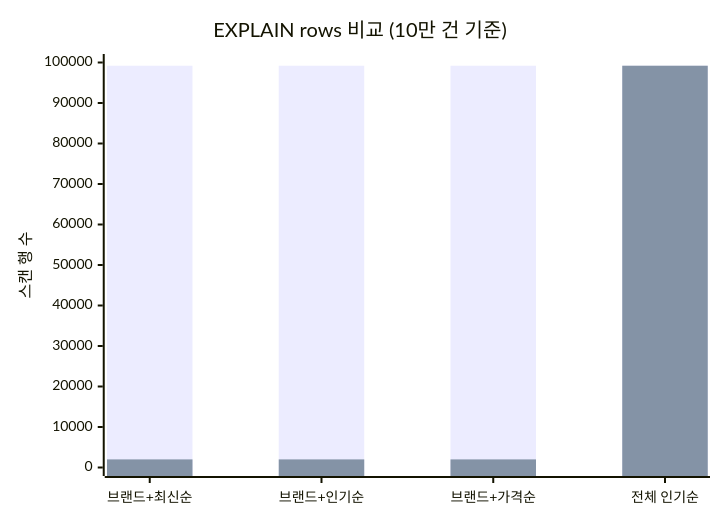
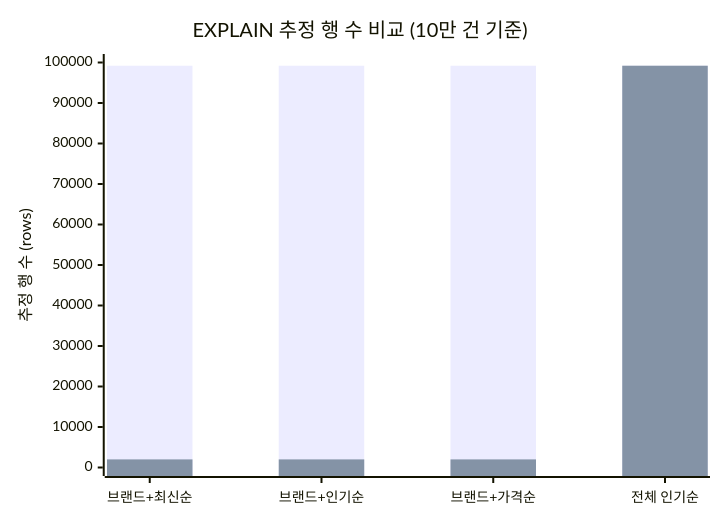
One commit to hyungkishin/hyungkishin.github.io changed the second of 10 diagrams in contents/posts/e-commerce/technical-writing/week5/index.md. Above: the diagram before and after it, drawn with Mermaid. The commit also changed other lines of this file and 78 other files, not shown here.

````diff
--- a/contents/posts/e-commerce/technical-writing/week5/index.md
+++ b/contents/posts/e-commerce/technical-writing/week5/index.md
@@ -160,8 +164,8 @@
 ```mermaid
 xychart-beta
-    title "EXPLAIN rows 비교 (10만 건 기준)"
+    title "EXPLAIN 추정 행 수 비교 (10만 건 기준)"
     x-axis ["브랜드+최신순", "브랜드+인기순", "브랜드+가격순", "전체 인기순"]
-    y-axis "스캔 행 수" 0 --> 100000
+    y-axis "추정 행 수 (rows)" 0 --> 100000
     bar [99203, 99203, 99203, 99203]
     bar [2000, 2000, 2000, 99203]
 ```
````
